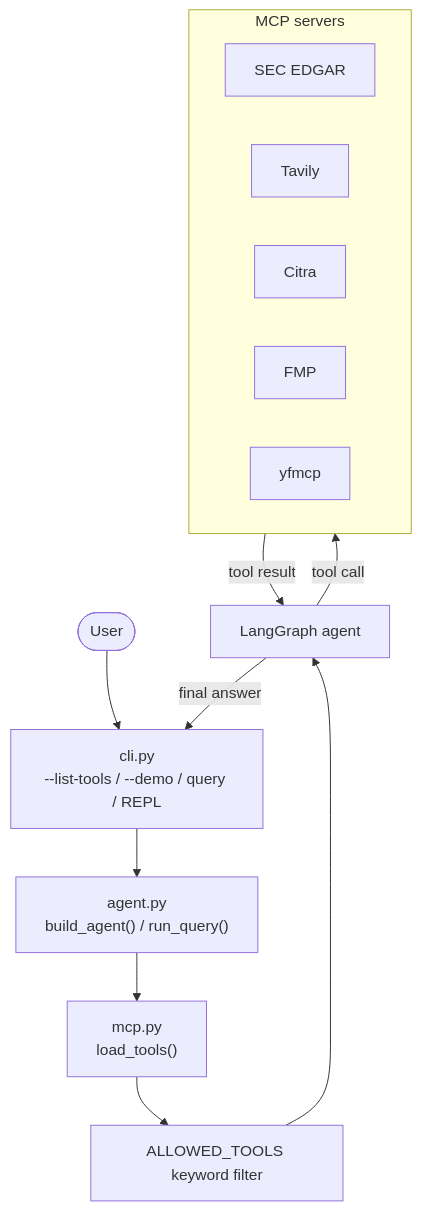
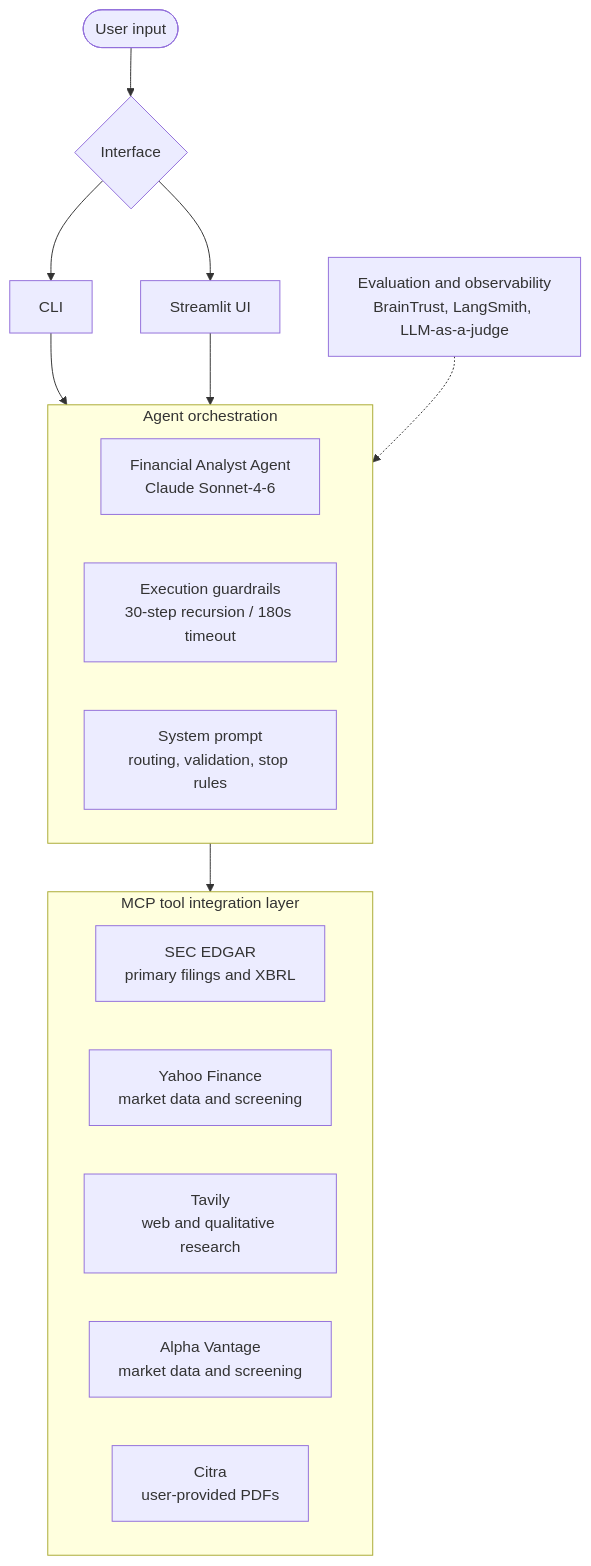
Before and after one commit to setareh-soltanieh/financial_analyst_agent: the diagram in README.md, drawn with Mermaid. The commit also changed other lines of this file and 1 other file, not shown here.

````diff
--- a/README.md
+++ b/README.md
@@ -60,19 +63,26 @@
 ```mermaid
 flowchart TD
-    User(["User"]) --> CLI["cli.py\n--list-tools / --demo / query / REPL"]
-    CLI --> Agent["agent.py\nbuild_agent() / run_query()"]
-    Agent --> Discover["mcp.py\nload_tools()"]
-    Discover --> Curate["ALLOWED_TOOLS keyword filter"]
-    Curate --> Graph["LangGraph agent"]
-    Graph -- "tool call" --> Servers
-    Servers -- "tool result" --> Graph
-    Graph -- "final answer" --> CLI
+    User(["User input"]) --> Interface{"Interface"}
+    Interface --> CLI["CLI"]
+    Interface --> UI["Streamlit UI"]
+    CLI --> Orchestration
+    UI --> Orchestration
 
-    subgraph Servers["MCP servers"]
-        SEC["SEC EDGAR"]
-        TAV["Tavily"]
-        CIT["Citra"]
-        FMP["FMP"]
-        YF["yfmcp"]
+    subgraph Orchestration["Agent orchestration"]
+        Model["Financial Analyst Agent\nClaude Sonnet-4-6"]
+        Guardrails["Execution guardrails\n30-step recursion / 180s timeout"]
+        Prompt["System prompt\nrouting, validation, stop rules"]
     end
+
+    Orchestration --> Servers
+
+    subgraph Servers["MCP tool integration layer"]
+        SEC["SEC EDGAR\nprimary filings and XBRL"]
+        YF["Yahoo Finance\nmarket data and screening"]
+        TAV["Tavily\nweb and qualitative research"]
+        AV["Alpha Vantage\nmarket data and screening"]
+        PDF["Citra\nuser-provided PDFs"]
+    end
+
+    Obs["Evaluation and observability\nBrainTrust, LangSmith, LLM-as-a-judge"] -.-> Orchestration
 ```
````
